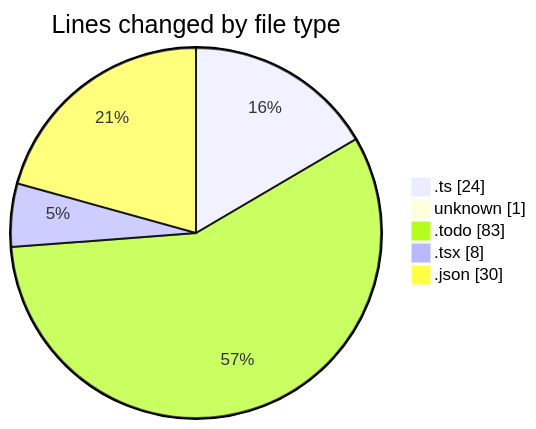
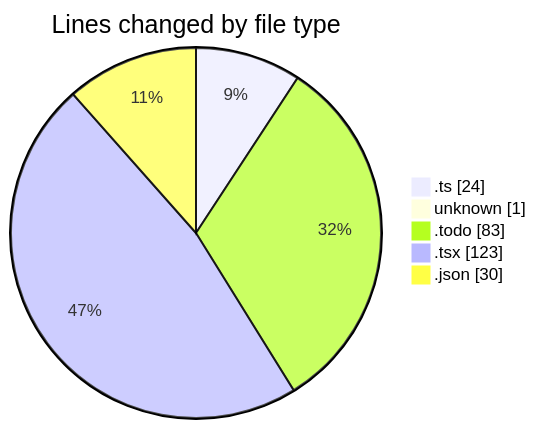
One commit to CELIANVF/code-tracking changed the first of 2 diagrams in 2025-05-21/ecodeli-1/README.md. Above: the diagram before and after it, drawn with Mermaid. The commit also changed other lines of this file and 1 other file, not shown here.

````diff
--- a/2025-05-21/ecodeli-1/README.md
+++ b/2025-05-21/ecodeli-1/README.md
@@ -24,9 +25,9 @@
 ```mermaid
 pie showData
 title Lines changed by file type
 ".ts" : 24
 "unknown" : 1
 ".todo" : 83
-".tsx" : 8
+".tsx" : 123
 ".json" : 30
 ```
````
